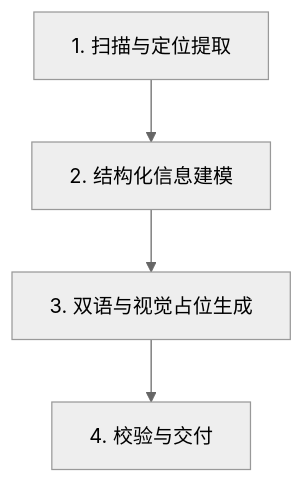
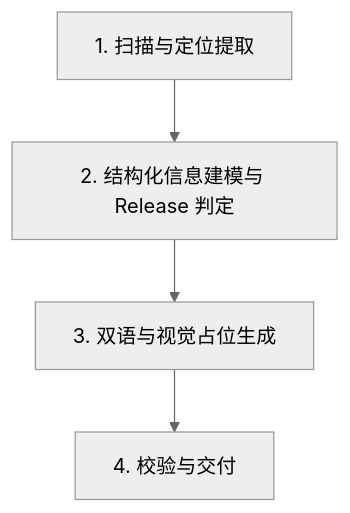
The diagram in SKILL.md (guxiao7538/readme-craft), drawn with Mermaid (neutral theme) before and after one commit. The commit also changed other lines of this file and 3 other files, not shown here.

````diff
--- a/SKILL.md
+++ b/SKILL.md
@@ -18,6 +18,6 @@
 ```mermaid
 flowchart TD
-    S1["1. 扫描与定位提取"] --> S2["2. 结构化信息建模"]
+    S1["1. 扫描与定位提取"] --> S2["2. 结构化信息建模与 Release 判定"]
     S2 --> S3["3. 双语与视觉占位生成"]
     S3 --> S4["4. 校验与交付"]
 ```
````
